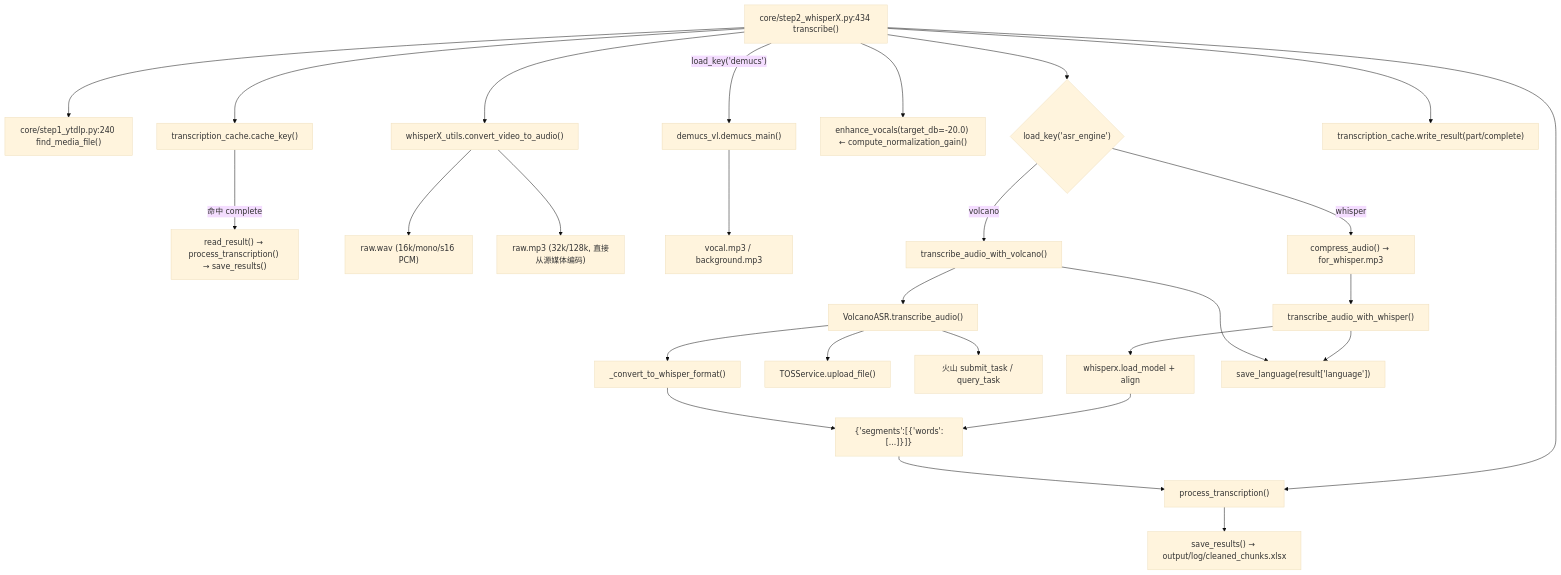
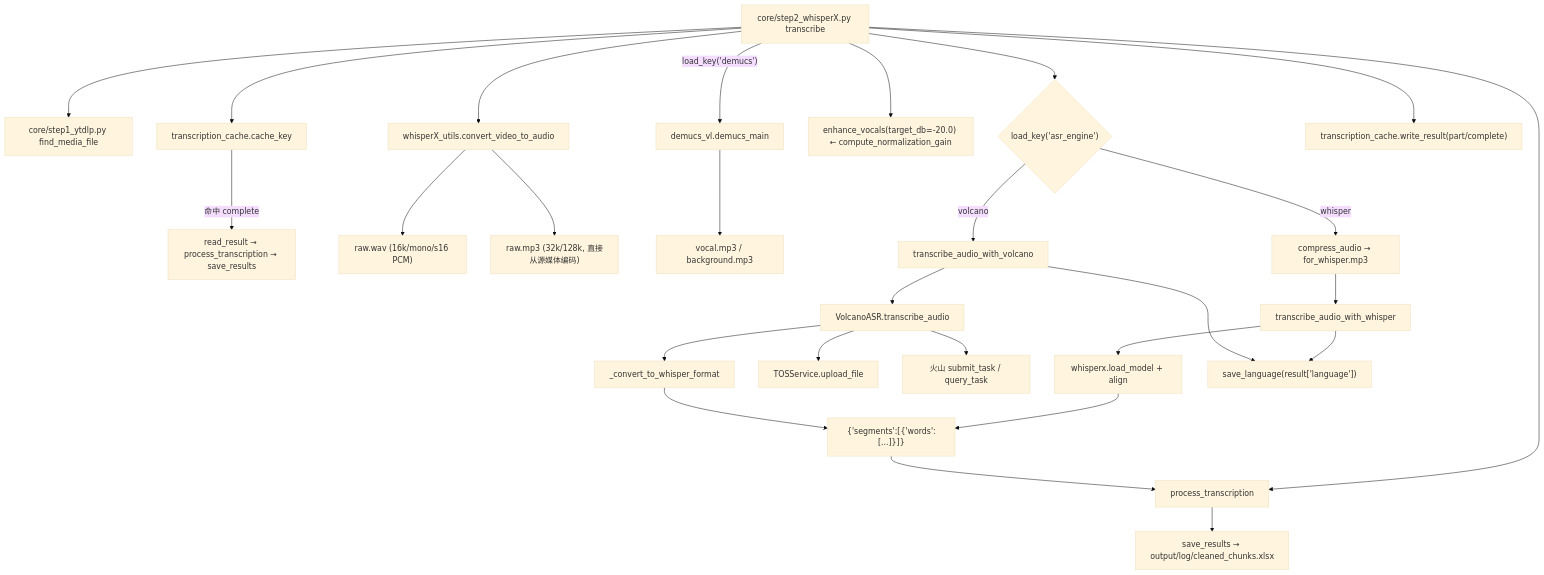
One commit to Brzjomo/VideoLingoMove changed the diagram in devdocs/03-subsystems/03-ASR引擎适配层.md. Above: the diagram before and after it, drawn with Mermaid (base theme). The commit also changed other lines of this file and 33 other files, not shown here.

````diff
--- a/devdocs/03-subsystems/03-ASR引擎适配层.md
+++ b/devdocs/03-subsystems/03-ASR引擎适配层.md
@@ -51,29 +51,29 @@
 ```mermaid
 flowchart TD
-    T["core/step2_whisperX.py:434 transcribe()"] --> FMF["core/step1_ytdlp.py:240 find_media_file()"]
-    T --> CK["transcription_cache.cache_key()"]
-    CK -->|"命中 complete"| HIT["read_result() → process_transcription() → save_results()"]
-    T --> CV["whisperX_utils.convert_video_to_audio()"]
-    CV --> RAW["raw.wav (16k/mono/s16 PCM)"]
-    CV --> RAWMP3["raw.mp3 (32k/128k, 直接从源媒体编码)"]
-    T -->|"load_key('demucs')"| DM["demucs_vl.demucs_main()"]
-    DM --> VOC["vocal.mp3 / background.mp3"]
-    T --> EV["enhance_vocals(target_db=-20.0) ← compute_normalization_gain()"]
-    T --> ENG{"load_key('asr_engine')"}
-    ENG -->|"whisper"| CA["compress_audio() → for_whisper.mp3"]
-    CA --> CW["transcribe_audio_with_whisper()"]
-    ENG -->|"volcano"| CVO["transcribe_audio_with_volcano()"]
-    CW --> WX["whisperx.load_model + align"]
-    CVO --> VA["VolcanoASR.transcribe_audio()"]
-    VA --> TOS["TOSService.upload_file()"]
-    VA --> API["火山 submit_task / query_task"]
-    WX --> RES["{'segments':[{'words':[...]}]}"]
-    VA --> CONV["_convert_to_whisper_format()"]
-    CONV --> RES
-    CW --> SL["save_language(result['language'])"]
-    CVO --> SL
-    T --> WRC["transcription_cache.write_result(part/complete)"]
-    T --> PT["process_transcription()"]
-    RES --> PT
-    PT --> SR["save_results() → output/log/cleaned_chunks.xlsx"]
+ T["core/step2_whisperX.py transcribe"] --> FMF["core/step1_ytdlp.py find_media_file"]
+ T --> CK["transcription_cache.cache_key"]
+ CK -->|"命中 complete"| HIT["read_result → process_transcription → save_results"]
+ T --> CV["whisperX_utils.convert_video_to_audio"]
+ CV --> RAW["raw.wav (16k/mono/s16 PCM)"]
+ CV --> RAWMP3["raw.mp3 (32k/128k, 直接从源媒体编码)"]
+ T -->|"load_key('demucs')"| DM["demucs_vl.demucs_main"]
+ DM --> VOC["vocal.mp3 / background.mp3"]
+ T --> EV["enhance_vocals(target_db=-20.0) ← compute_normalization_gain"]
+ T --> ENG{"load_key('asr_engine')"}
+ ENG -->|"whisper"| CA["compress_audio → for_whisper.mp3"]
+ CA --> CW["transcribe_audio_with_whisper"]
+ ENG -->|"volcano"| CVO["transcribe_audio_with_volcano"]
+ CW --> WX["whisperx.load_model + align"]
+ CVO --> VA["VolcanoASR.transcribe_audio"]
+ VA --> TOS["TOSService.upload_file"]
+ VA --> API["火山 submit_task / query_task"]
+ WX --> RES["{'segments':[{'words':[...]}]}"]
+ VA --> CONV["_convert_to_whisper_format"]
+ CONV --> RES
+ CW --> SL["save_language(result['language'])"]
+ CVO --> SL
+ T --> WRC["transcription_cache.write_result(part/complete)"]
+ T --> PT["process_transcription"]
+ RES --> PT
+ PT --> SR["save_results → output/log/cleaned_chunks.xlsx"]
 ```
````
